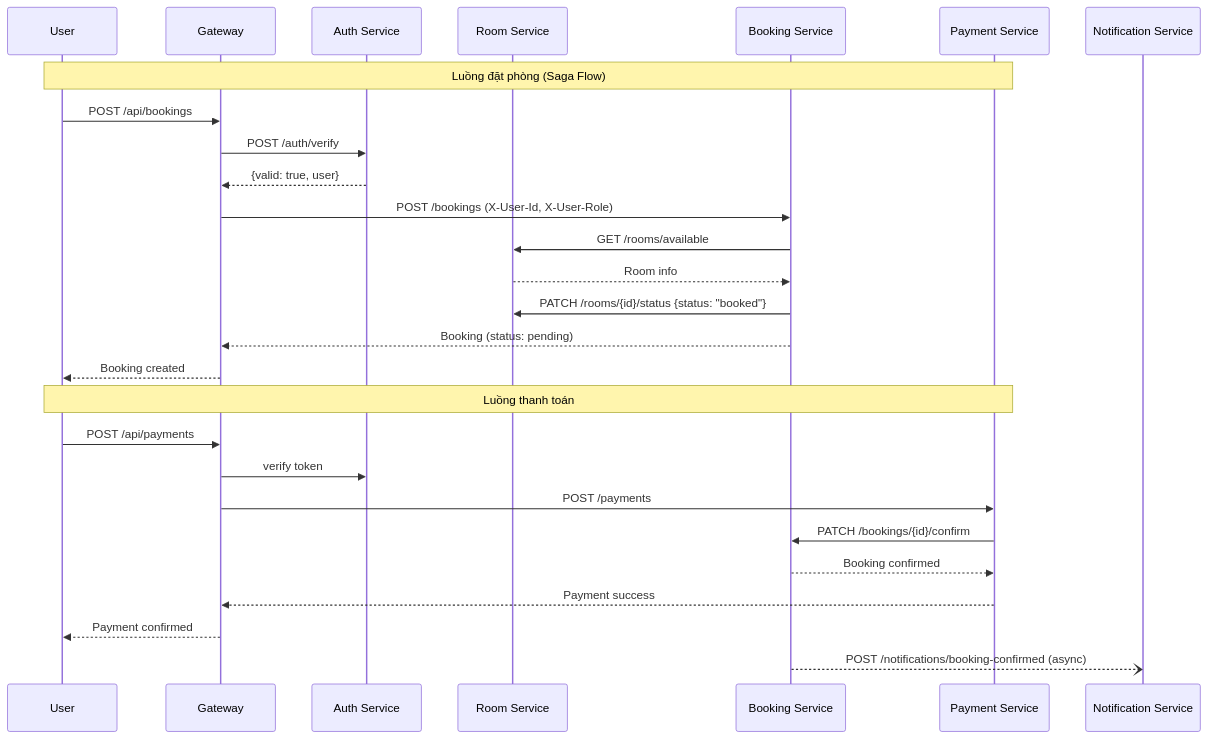
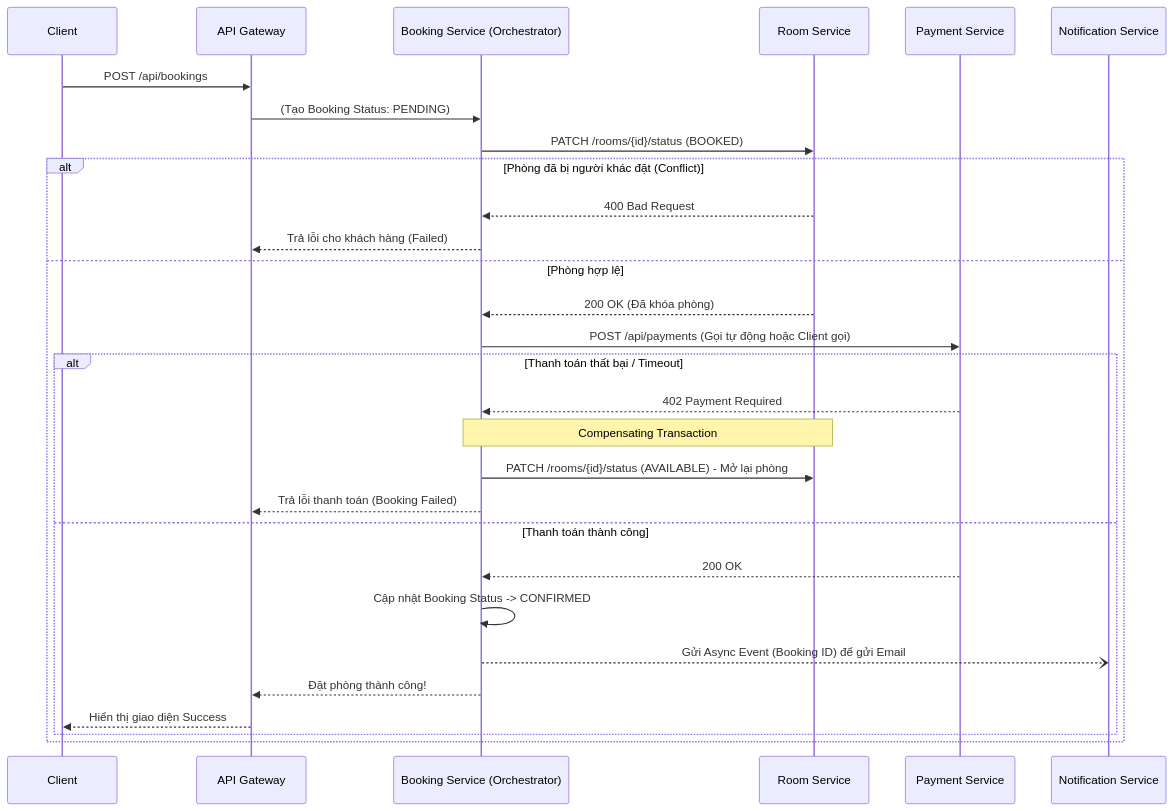
The third of 5 diagrams in docs/analysis-and-design.md (DUYSKY12/ex), drawn with Mermaid before and after one commit. The commit also changed other lines of this file, not shown here.

Commit message:
Enhance Analysis and Design document with detailed SOA and Saga patterns

````diff
--- a/docs/analysis-and-design.md
+++ b/docs/analysis-and-design.md
@@ -147,34 +229,36 @@
 ```mermaid
 sequenceDiagram
-    participant U as User
-    participant GW as Gateway
-    participant AU as Auth Service
-    participant RM as Room Service
-    participant BK as Booking Service
-    participant PY as Payment Service
-    participant NT as Notification Service
+    participant C as Client
+    participant GW as API Gateway
+    participant BS as Booking Service (Orchestrator)
+    participant RS as Room Service
+    participant PS as Payment Service
+    participant NS as Notification Service
 
-    Note over U,PY: Luồng đặt phòng (Saga Flow)
-    U->>GW: POST /api/bookings
-    GW->>AU: POST /auth/verify
-    AU-->>GW: {valid: true, user}
-    GW->>BK: POST /bookings (X-User-Id, X-User-Role)
+    C->>GW: POST /api/bookings
+    GW->>BS: (Tạo Booking Status: PENDING)
     
-    BK->>RM: GET /rooms/available
-    RM-->>BK: Room info
-    BK->>RM: PATCH /rooms/{id}/status {status: "booked"}
-    
-    BK-->>GW: Booking (status: pending)
-    GW-->>U: Booking created
-    
-    Note over U,PY: Luồng thanh toán
-    U->>GW: POST /api/payments
-    GW->>AU: verify token
-    GW->>PY: POST /payments
-    PY->>BK: PATCH /bookings/{id}/confirm
-    BK-->>PY: Booking confirmed
-    PY-->>GW: Payment success
-    GW-->>U: Payment confirmed
-    
-    BK--)NT: POST /notifications/booking-confirmed (async)
+    %% Bước 1: Khóa phòng
+    BS->>RS: PATCH /rooms/{id}/status (BOOKED)
+    alt Phòng đã bị người khác đặt (Conflict)
+        RS-->>BS: 400 Bad Request
+        BS-->>GW: Trả lỗi cho khách hàng (Failed)
+    else Phòng hợp lệ
+        RS-->>BS: 200 OK (Đã khóa phòng)
+        
+        %% Bước 2: Thanh toán
+        BS->>PS: POST /api/payments (Gọi tự động hoặc Client gọi)
+        alt Thanh toán thất bại / Timeout
+            PS-->>BS: 402 Payment Required
+            Note over BS,RS: Compensating Transaction
+            BS->>RS: PATCH /rooms/{id}/status (AVAILABLE) - Mở lại phòng
+            BS-->>GW: Trả lỗi thanh toán (Booking Failed)
+        else Thanh toán thành công
+            PS-->>BS: 200 OK
+            BS->>BS: Cập nhật Booking Status -> CONFIRMED
+            BS--)NS: Gửi Async Event (Booking ID) để gửi Email
+            BS-->>GW: Đặt phòng thành công!
+            GW-->>C: Hiển thị giao diện Success
+        end
+    end
 ```
````
